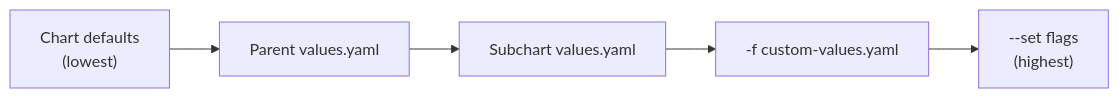
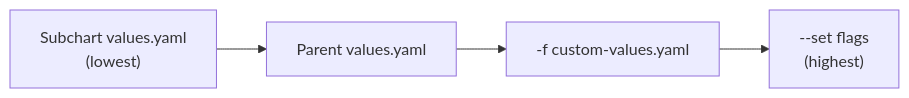
One commit to OneUptime/blog changed the third of 4 diagrams in posts/2026-01-30-helm-global-values/README.md. Above: the diagram before and after it, drawn with Mermaid. The commit also changed other lines of this file and 2 other files, not shown here.

Commit message:
validate: 2026-01-30-helm-global-values

````diff
--- a/posts/2026-01-30-helm-global-values/README.md
+++ b/posts/2026-01-30-helm-global-values/README.md
@@ -237,7 +250,6 @@
 ```mermaid
 flowchart LR
-    A["Chart defaults<br/>(lowest)"] --> B["Parent values.yaml"]
-    B --> C["Subchart values.yaml"]
-    C --> D["-f custom-values.yaml"]
-    D --> E["--set flags<br/>(highest)"]
+    A["Subchart values.yaml<br/>(lowest)"] --> B["Parent values.yaml"]
+    B --> C["-f custom-values.yaml"]
+    C --> D["--set flags<br/>(highest)"]
 ```
````
